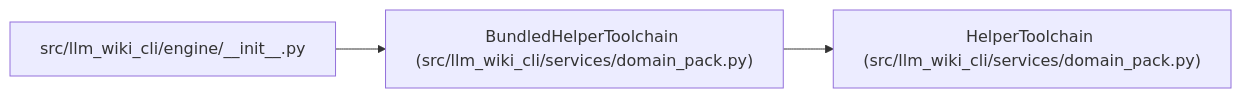
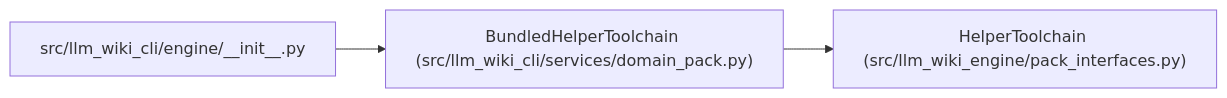
Before and after one commit to Denissvgn/python-wiki-llm: the diagram in docs/llm_wiki/entities/BundledHelperToolchain.md, drawn with Mermaid. The commit also changed other lines of this file and 585 other files, not shown here.

Commit message:
docs: refresh the wiki for per-engine integrations

````diff
--- a/docs/llm_wiki/entities/BundledHelperToolchain.md
+++ b/docs/llm_wiki/entities/BundledHelperToolchain.md
@@ -26,11 +26,11 @@
 ```mermaid
 flowchart LR
     n0["BundledHelperToolchain (src/llm_wiki_cli/services/domain_pack.py)"]
-    n1["HelperToolchain (src/llm_wiki_cli/services/domain_pack.py)"]
+    n1["HelperToolchain (src/llm_wiki_engine/pack_interfaces.py)"]
     n2["src/llm_wiki_cli/engine/__init__.py"]
     n0 --> n1
     n2 --> n0
     click n0 "../modules/domain_pack.md"
-    click n1 "../modules/domain_pack.md"
+    click n1 "../modules/pack_interfaces.md"
     click n2 "../modules/engine___init__.md"
 ```
````
